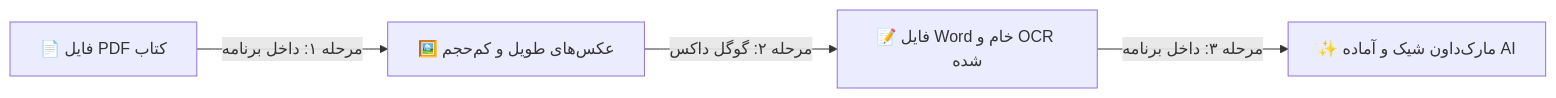
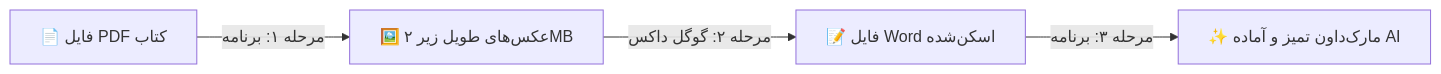
The diagram in README_fa.md (faithsaly5-stack/PDF2MD-Studio), drawn with Mermaid before and after one commit. The commit also changed other lines of this file and 2 other files, not shown here.

Commit message:
Update PDF2MD Studio - 2026-08-30 02:41:04

````diff
--- a/README_fa.md
+++ b/README_fa.md
@@ -41,6 +44,6 @@
 ```mermaid
 flowchart LR
-    A[📄 فایل PDF کتاب] -->|مرحله ۱: داخل برنامه| B[🖼️ عکس‌های طویل و کم‌حجم]
-    B -->|مرحله ۲: گوگل داکس| C[📝 فایل Word خام و OCR شده]
-    C -->|مرحله ۳: داخل برنامه| D[✨ مارک‌داون شیک و آماده AI]
+    A[📄 فایل PDF کتاب] -->|مرحله ۱: برنامه| B[🖼️ عکس‌های طویل زیر ۲MB]
+    B -->|مرحله ۲: گوگل داکس| C[📝 فایل Word اسکن‌شده]
+    C -->|مرحله ۳: برنامه| D[✨ مارک‌داون تمیز و آماده AI]
 ```
````
